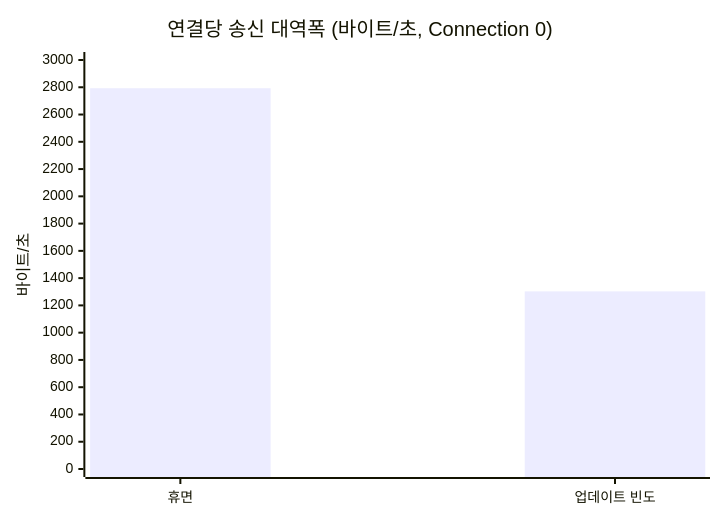
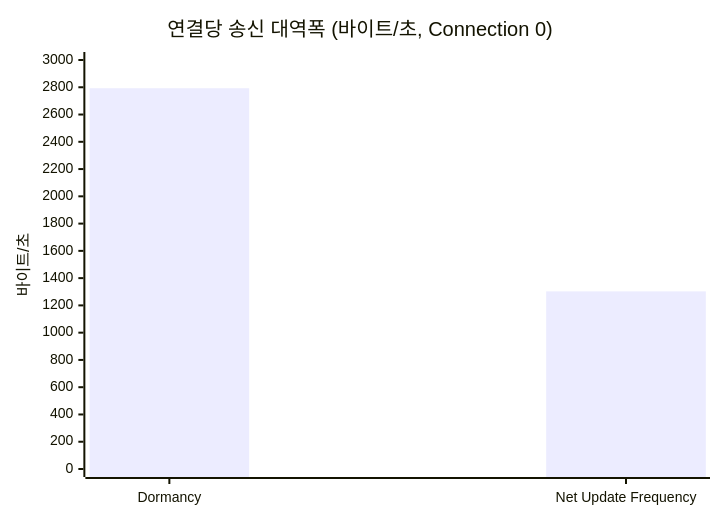
The third of 3 diagrams in Posts/04-update-frequency/README.md (hon454/ue-dedicated-server-optimization-lab), drawn with Mermaid before and after one commit. The commit also changed other lines of this file and 5 other files, not shown here.

````diff
--- a/Posts/04-update-frequency/README.md
+++ b/Posts/04-update-frequency/README.md
@@ -147,7 +147,7 @@
 ```mermaid
 xychart-beta
     title "연결당 송신 대역폭 (바이트/초, Connection 0)"
-    x-axis ["휴면", "업데이트 빈도"]
+    x-axis ["Dormancy", "Net Update Frequency"]
     y-axis "바이트/초" 0 --> 3000
     bar [2793, 1303]
 ```
````
